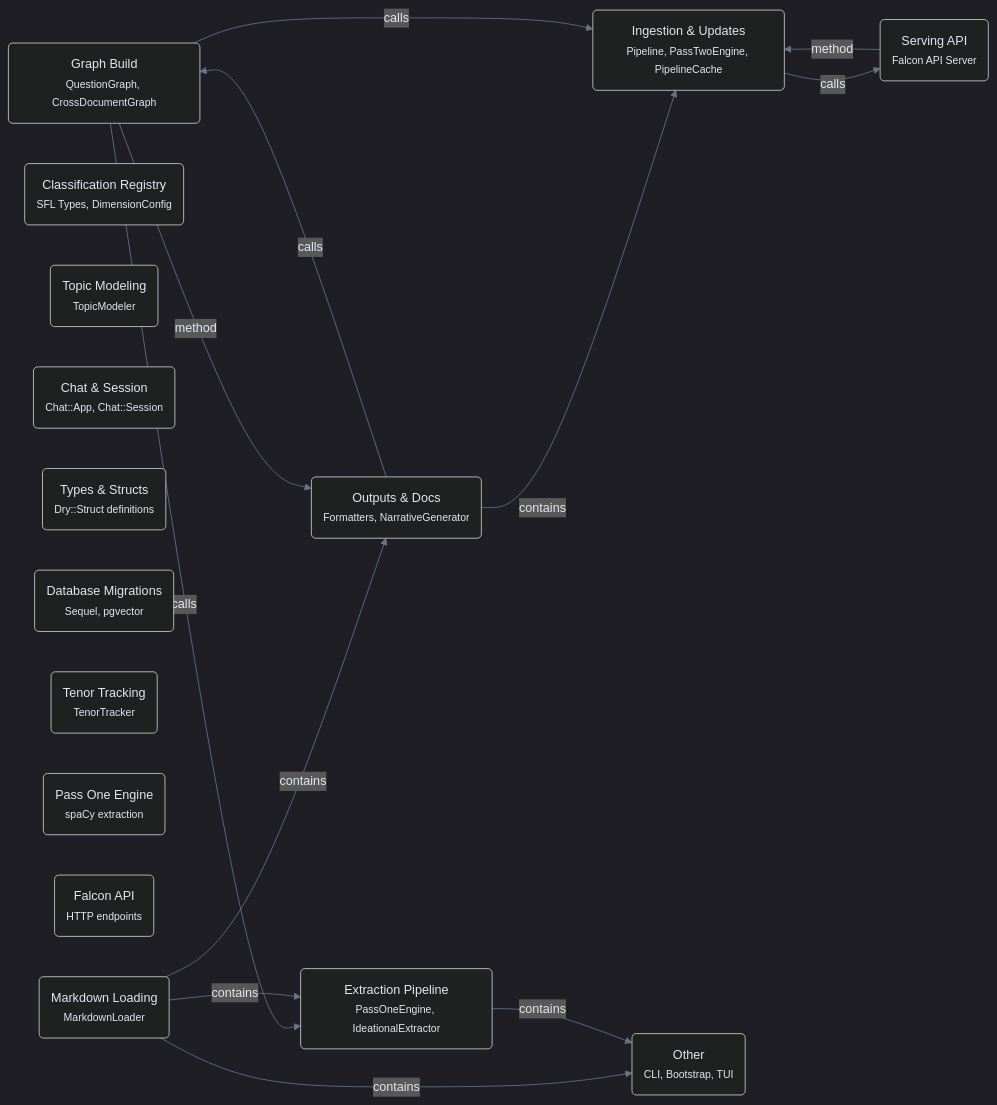
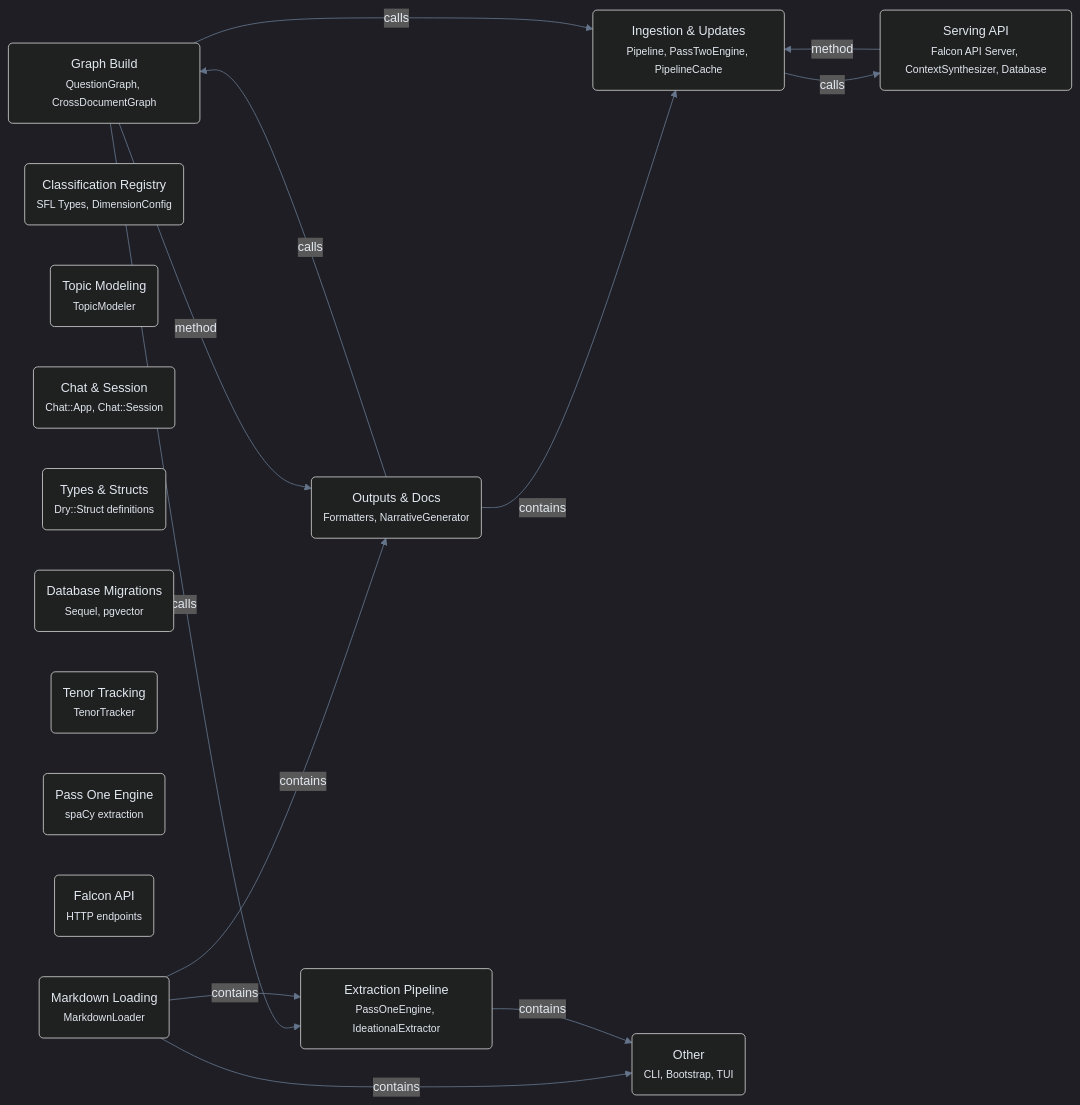
The diagram in docs/diagrams/diagrams.md (b08x/ruby-sfl-compiler), drawn with Mermaid before and after one commit. The commit also changed other lines of this file and 2 other files, not shown here.

````diff
--- a/docs/diagrams/diagrams.md
+++ b/docs/diagrams/diagrams.md
@@ -11,45 +11,45 @@
 ```mermaid
 %%{init: {"theme": "dark", "themeVariables": {"fontSize": "15.0px", "fontFamily": "Segoe UI, system-ui, sans-serif", "primaryColor": "#1e293b", "primaryTextColor": "#e2e8f0", "primaryBorderColor": "#38bdf8", "secondaryColor": "#0f172a", "tertiaryColor": "#334155", "lineColor": "#64748b", "textColor": "#e2e8f0"}, "flowchart": {"htmlLabels": true, "curve": "basis", "nodeSpacing": 48, "rankSpacing": 64, "padding": 14, "diagramPadding": 10, "useMaxWidth": true}}}%%
 flowchart LR
     EXTRACT_PIPELINE_5F350230("Extraction Pipeline<br/><small>PassOneEngine, IdeationalExtractor</small>")
     class EXTRACT_PIPELINE_5F350230 module;
     BUILD_GRAPH_321CBB04("Graph Build<br/><small>QuestionGraph, CrossDocumentGraph</small>")
     class BUILD_GRAPH_321CBB04 module;
     OUTPUTS_DOCS_ED82387C("Outputs & Docs<br/><small>Formatters, NarrativeGenerator</small>")
     class OUTPUTS_DOCS_ED82387C module;
     INGEST_CACHE_UPDATE_FF457338("Ingestion & Updates<br/><small>Pipeline, PassTwoEngine, PipelineCache</small>")
     class INGEST_CACHE_UPDATE_FF457338 module;
-    SERVE_API_35EC8E86("Serving API<br/><small>Falcon API Server</small>")
+    SERVE_API_35EC8E86("Serving API<br/><small>Falcon API Server, ContextSynthesizer, Database</small>")
     class SERVE_API_35EC8E86 module;
     CLASSIFICATION_REGISTRY_D39798EE("Classification Registry<br/><small>SFL Types, DimensionConfig</small>")
     class CLASSIFICATION_REGISTRY_D39798EE module;
     TOPIC_MODELING_68E8584A("Topic Modeling<br/><small>TopicModeler</small>")
     class TOPIC_MODELING_68E8584A module;
     CHAT_SESSION_F300C146("Chat & Session<br/><small>Chat::App, Chat::Session</small>")
     class CHAT_SESSION_F300C146 module;
     TYPES_STRUCTS_4188A463("Types & Structs<br/><small>Dry::Struct definitions</small>")
     class TYPES_STRUCTS_4188A463 module;
     DATABASE_MIGRATIONS_37A83AD7("Database Migrations<br/><small>Sequel, pgvector</small>")
     class DATABASE_MIGRATIONS_37A83AD7 module;
     TENOR_TRACKING_A0CC376F("Tenor Tracking<br/><small>TenorTracker</small>")
     class TENOR_TRACKING_A0CC376F module;
     PASS_ONE_ENGINE_21E59C8B("Pass One Engine<br/><small>spaCy extraction</small>")
     class PASS_ONE_ENGINE_21E59C8B module;
     FALCON_API_496FAE07("Falcon API<br/><small>HTTP endpoints</small>")
     class FALCON_API_496FAE07 module;
     MARKDOWN_LOADING_2E669BB4("Markdown Loading<br/><small>MarkdownLoader</small>")
     class MARKDOWN_LOADING_2E669BB4 module;
     OTHER_D0941E68("Other<br/><small>CLI, Bootstrap, TUI</small>")
     class OTHER_D0941E68 module;
     OUTPUTS_DOCS_ED82387C -->|calls| BUILD_GRAPH_321CBB04
     BUILD_GRAPH_321CBB04 -->|calls| EXTRACT_PIPELINE_5F350230
     OUTPUTS_DOCS_ED82387C -->|contains| INGEST_CACHE_UPDATE_FF457338
     BUILD_GRAPH_321CBB04 -->|calls| INGEST_CACHE_UPDATE_FF457338
     MARKDOWN_LOADING_2E669BB4 -->|contains| OTHER_D0941E68
     MARKDOWN_LOADING_2E669BB4 -->|contains| OUTPUTS_DOCS_ED82387C
     MARKDOWN_LOADING_2E669BB4 -->|contains| EXTRACT_PIPELINE_5F350230
     BUILD_GRAPH_321CBB04 -->|method| OUTPUTS_DOCS_ED82387C
     EXTRACT_PIPELINE_5F350230 -->|contains| OTHER_D0941E68
     SERVE_API_35EC8E86 -->|method| INGEST_CACHE_UPDATE_FF457338
     INGEST_CACHE_UPDATE_FF457338 -->|calls| SERVE_API_35EC8E86
 ```
````
